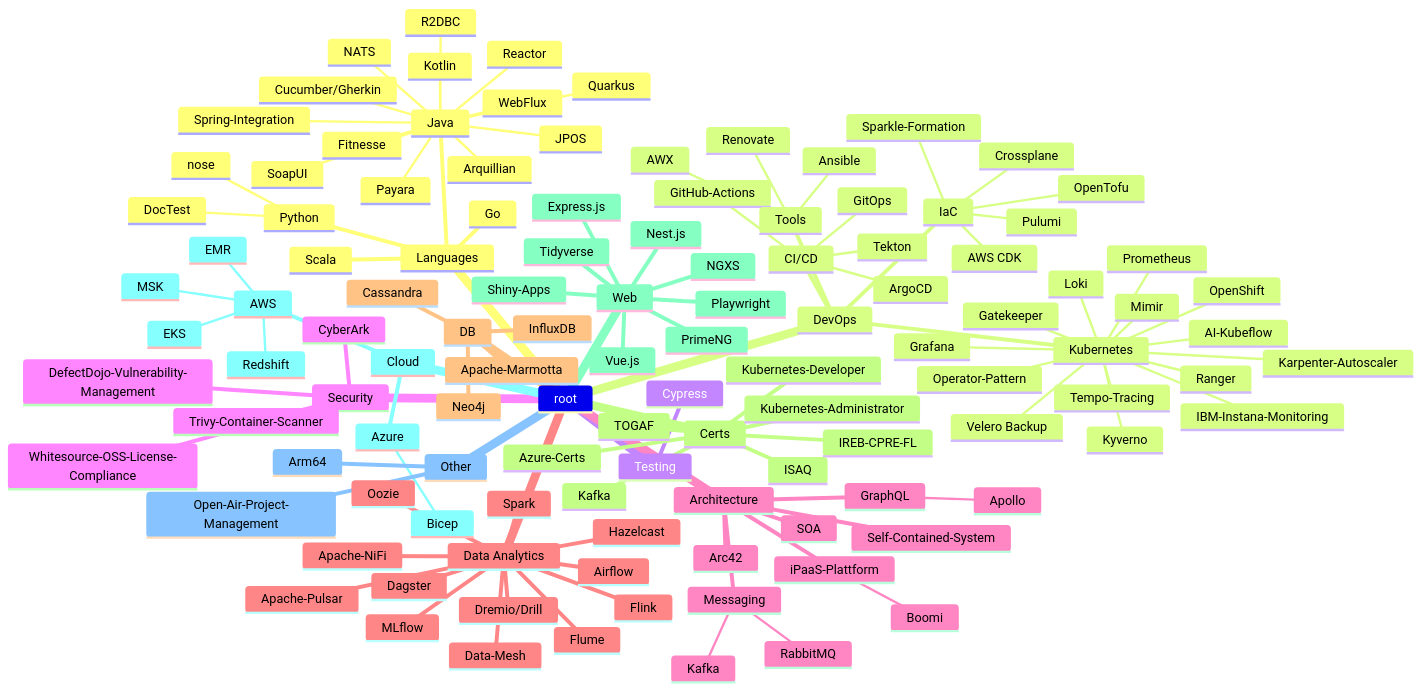
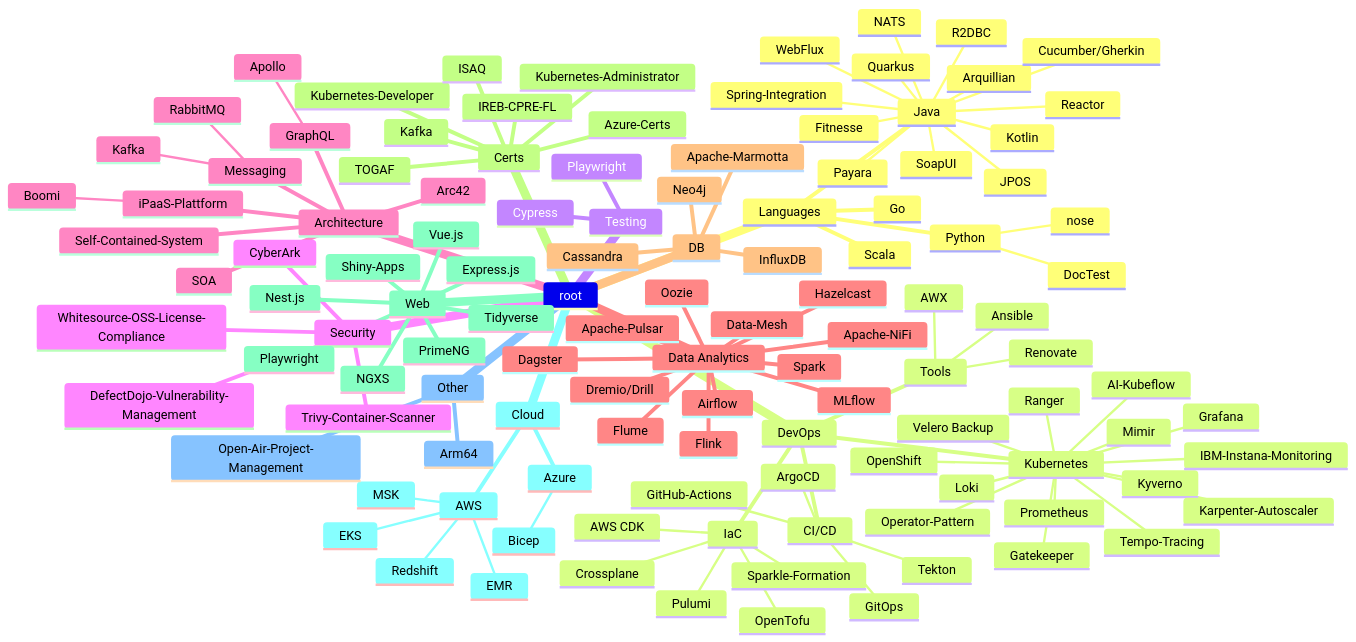
One commit to thinkaboutcode/knowledge-base changed the diagram in trends.md. Above: the diagram before and after it, drawn with Mermaid.

Commit message:
modified trends

```diff
--- a/trends.md
+++ b/trends.md
@@ -56,6 +56,7 @@
         AWS CDK
     Testing
       Cypress
+      Playwright
     Security
       Whitesource-OSS-License-Compliance
       Trivy-Container-Scanner
```
